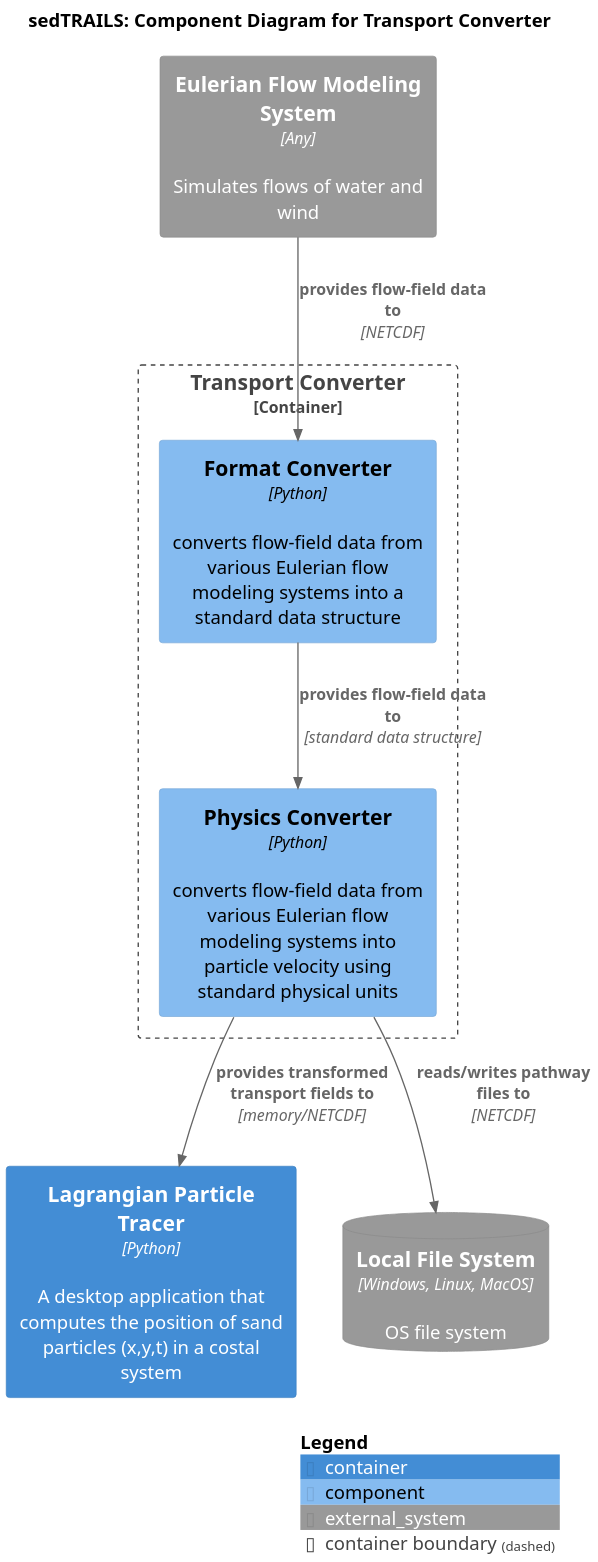
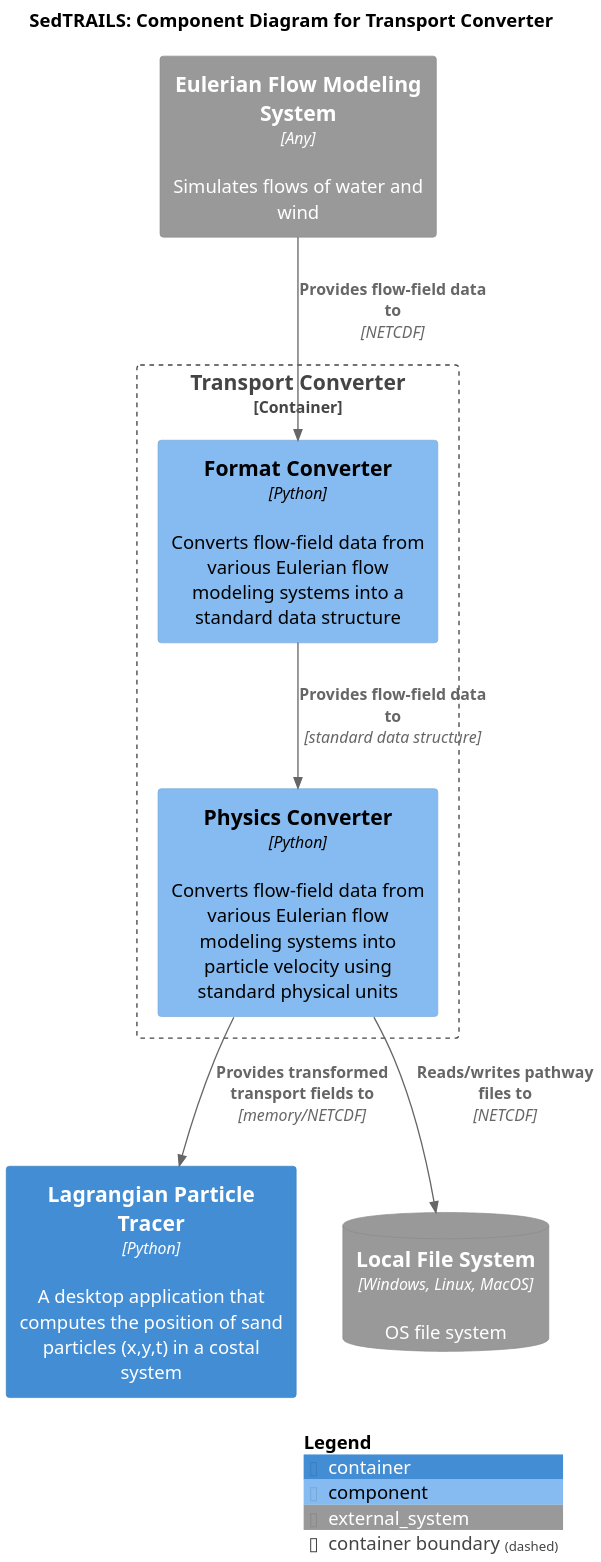
The diagram in diagrams/componets-converter-app.puml (sgpearson17/sedtrails-sgp), drawn with PlantUML before and after one commit. The commit also changed 5 other files, not shown here.

Commit message:
Update diagrams to fix typos and language

```diff
--- a/diagrams/componets-converter-app.puml
+++ b/diagrams/componets-converter-app.puml
@@ -1,28 +1,28 @@
 @startuml SedtrailComponentsConverter
 !include ./c4/C4_Component.puml
 
 ' LAYOUT_LANDSCAPE()
 
-title sedTRAILS: Component Diagram for Transport Converter
+title SedTRAILS: Component Diagram for Transport Converter
 scale 2
 
 Container_Boundary(transportConverter, "Transport Converter"){ 
-    Component(formatConverter, "Format Converter", "Python", "converts flow-field data from various Eulerian flow modeling systems into a standard data structure")
-    Component(physicsConverter, "Physics Converter", "Python", "converts flow-field data from various Eulerian flow modeling systems into particle velocity using standard physical units")
+    Component(formatConverter, "Format Converter", "Python", "Converts flow-field data from various Eulerian flow modeling systems into a standard data structure")
+    Component(physicsConverter, "Physics Converter", "Python", "Converts flow-field data from various Eulerian flow modeling systems into particle velocity using standard physical units")
         
-    Rel(formatConverter, physicsConverter, "provides flow-field data to", "standard data structure")
+    Rel(formatConverter, physicsConverter, "Provides flow-field data to", "standard data structure")
 }
 
 Container(particleTracer, "Lagrangian Particle Tracer", "Python", "A desktop application that computes the position of sand particles (x,y,t) in a costal system")
 
 System_Ext(flowSystem, "Eulerian Flow Modeling System", "Simulates flows of water and wind", $type="Any")
 SystemDb_Ext(fileSystem, "Local File System", "OS file system", $type="Windows, Linux, MacOS")
 
-Rel(physicsConverter, particleTracer, "provides transformed transport fields to", "memory/NETCDF")
-Rel(physicsConverter, fileSystem, "reads/writes pathway files to", "NETCDF")
+Rel(physicsConverter, particleTracer, "Provides transformed transport fields to", "memory/NETCDF")
+Rel(physicsConverter, fileSystem, "Reads/writes pathway files to", "NETCDF")
 
-Rel(flowSystem, formatConverter, "provides flow-field data to ", "NETCDF")
+Rel(flowSystem, formatConverter, "Provides flow-field data to ", "NETCDF")
 
 
 SHOW_LEGEND()
 @enduml
```
